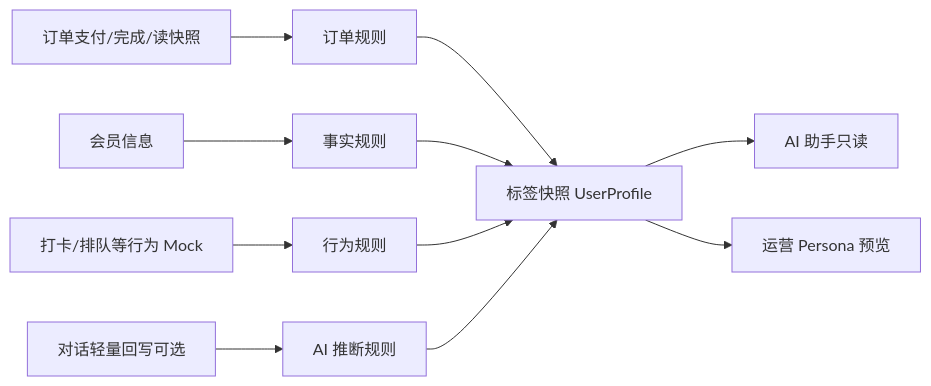
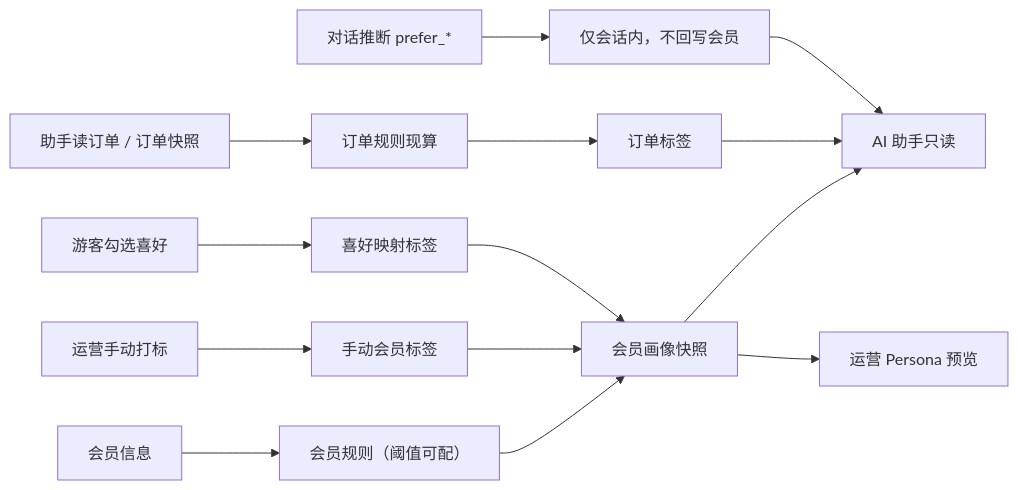
The fourth of 4 diagrams in docs/AI助手与地图导览-画像标签-细化方案.md (nannan0410/AI_Service), drawn with Mermaid before and after one commit. The commit also changed other lines of this file and 4 other files, not shown here.

````diff
--- a/docs/AI助手与地图导览-画像标签-细化方案.md
+++ b/docs/AI助手与地图导览-画像标签-细化方案.md
@@ -485,10 +496,14 @@
 ```mermaid
 flowchart LR
-  OrderEvt["订单支付/完成/读快照"] --> OrderRule["订单规则"]
-  Member["会员信息"] --> FactRule["事实规则"]
-  Behavior["打卡/排队等行为 Mock"] --> BehRule["行为规则"]
-  ChatLight["对话轻量回写可选"] --> AiRule["AI 推断规则"]
-  OrderRule & FactRule & BehRule & AiRule --> Center["标签快照 UserProfile"]
+  OrderRead["助手读订单 / 订单快照"] --> OrderRule["订单规则现算"]
+  Member["会员信息"] --> FactRule["会员规则（阈值可配）"]
+  Manual["运营手动打标"] --> ManualTag["手动会员标签"]
+  PreferUI["游客勾选喜好"] --> PreferTag["喜好映射标签"]
+  ChatLight["对话推断 prefer_*"] --> SessionOnly["仅会话内，不回写会员"]
+  OrderRule --> OrderTags["订单标签"]
+  FactRule & ManualTag & PreferTag --> Center["会员画像快照"]
   Center --> Assistant["AI 助手只读"]
+  OrderTags --> Assistant
+  SessionOnly --> Assistant
   Center --> OpsUI["运营 Persona 预览"]
 ```
````
